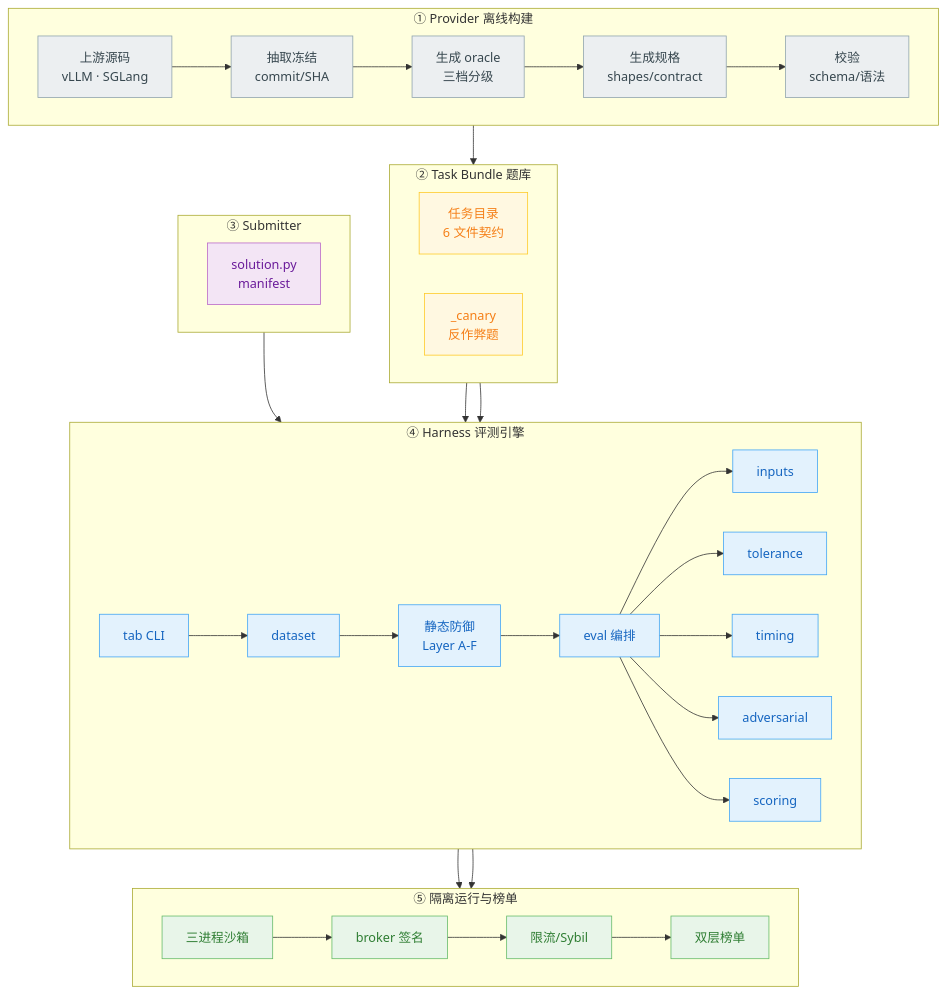
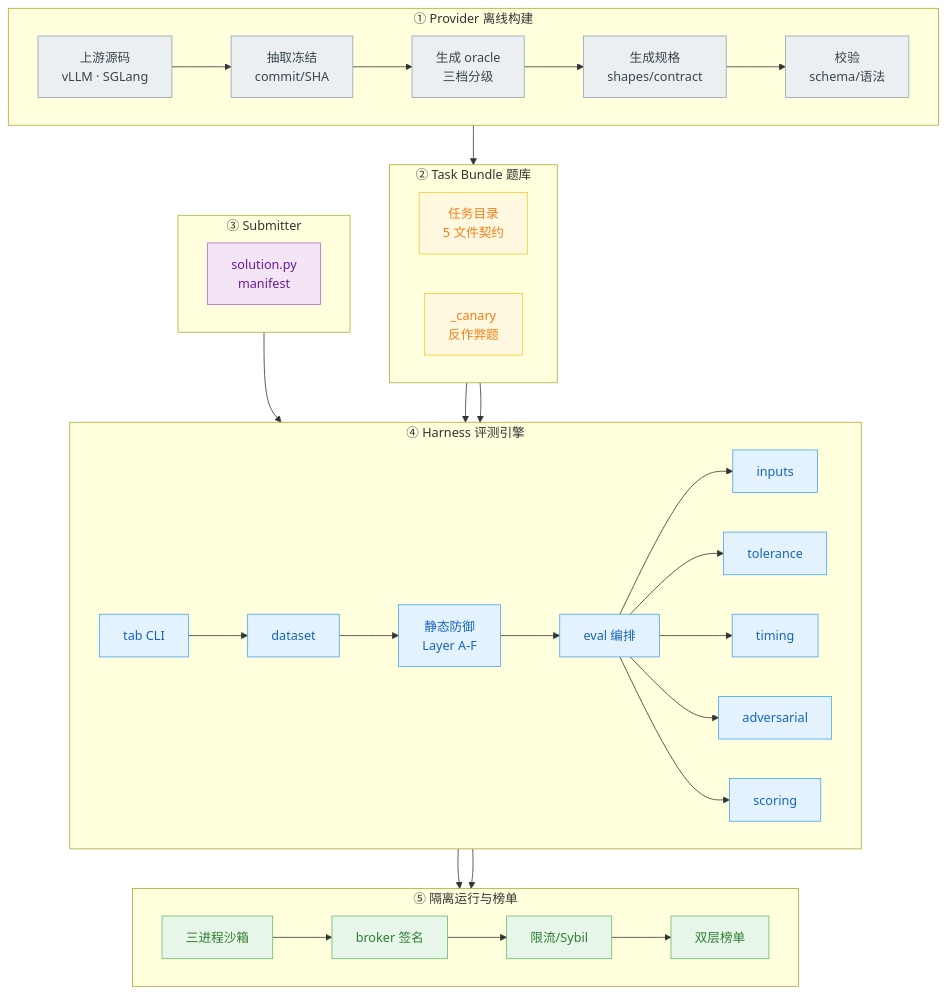
One commit to Gxj230958/TritonAscendBench changed the first of 11 diagrams in docs/DESIGN.md. Above: the diagram before and after it, drawn with Mermaid. The commit also changed other lines of this file and 37 other files, not shown here.

````diff
--- a/docs/DESIGN.md
+++ b/docs/DESIGN.md
@@ -104,52 +103,52 @@
 ```mermaid
 flowchart TB
     subgraph L0["① Provider 离线构建"]
         direction LR
         US["上游源码<br/>vLLM · SGLang"] --> FRZ["抽取冻结<br/>commit/SHA"]
         FRZ --> ORC["生成 oracle<br/>三档分级"]
         ORC --> DOC["生成规格<br/>shapes/contract"]
         DOC --> VLD["校验<br/>schema/语法"]
     end
     subgraph L1["② Task Bundle 题库"]
         direction LR
-        TASK["任务目录<br/>6 文件契约"]
+        TASK["任务目录<br/>5 文件契约"]
         CANARY["_canary<br/>反作弊题"]
     end
     subgraph L2["③ Submitter"]
         direction LR
         SOL["solution.py<br/>manifest"]
     end
     subgraph L3["④ Harness 评测引擎"]
         direction LR
         CLI["tab CLI"] --> DATA["dataset"]
         DATA --> STAT["静态防御<br/>Layer A-F"]
         STAT --> RUN["eval 编排"]
         RUN --> INP["inputs"]
         RUN --> TOL["tolerance"]
         RUN --> TMR["timing"]
         RUN --> ADV["adversarial"]
         RUN --> SCR["scoring"]
     end
     subgraph L4["⑤ 隔离运行与榜单"]
         direction LR
         ISO["三进程沙箱"] --> BRK["broker 签名"]
         BRK --> THR["限流/Sybil"]
         THR --> BOARD["双层榜单"]
     end
     VLD --> TASK
     TASK --> DATA
     CANARY --> ADV
     SOL --> CLI
     RUN --> ISO
     SCR --> BOARD
     classDef provider fill:#ECEFF1,stroke:#90A4AE,color:#37474F;
     classDef bundle fill:#FFF8E1,stroke:#FFCA28,color:#F57F17;
     classDef submitter fill:#F3E5F5,stroke:#BA68C8,color:#6A1B9A;
     classDef harness fill:#E3F2FD,stroke:#42A5F5,color:#1565C0;
     classDef runtime fill:#E8F5E9,stroke:#66BB6A,color:#2E7D32;
     class US,FRZ,ORC,DOC,VLD provider;
     class TASK,CANARY bundle;
     class SOL submitter;
     class CLI,DATA,STAT,RUN,INP,TOL,TMR,ADV,SCR harness;
     class ISO,BRK,THR,BOARD runtime;
 ```
````
